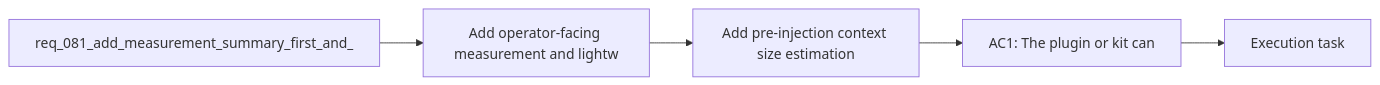
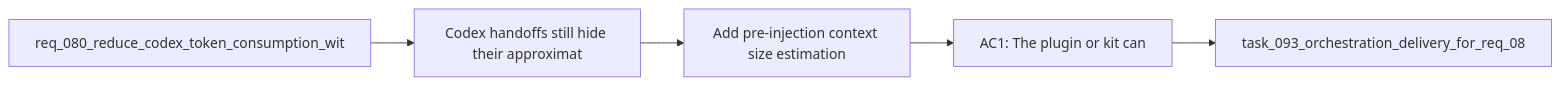
Before and after one commit to AlexAgo83/logics-manager: the diagram in logics/backlog/item_108_add_pre_injection_context_size_estimation_and_budget_visibility_for_codex_handoffs.md, drawn with Mermaid. The commit also changed 481 other files, not shown here.

````diff
--- a/logics/backlog/item_108_add_pre_injection_context_size_estimation_and_budget_visibility_for_codex_handoffs.md
+++ b/logics/backlog/item_108_add_pre_injection_context_size_estimation_and_budget_visibility_for_codex_handoffs.md
@@ -28,9 +28,9 @@
 ```mermaid
 %% logics-kind: backlog
 %% logics-signature: backlog|add-pre-injection-context-size-estimatio|req-080-reduce-codex-token-consumption-w|codex-handoffs-still-hide-their-approxim|ac1-the-plugin-or-kit-can
 flowchart LR
-    Request[req_081_add_measurement_summary_first_and_] --> Problem[Add operator-facing measurement and lightw]
+    Request[req_080_reduce_codex_token_consumption_wit] --> Problem[Codex handoffs still hide their approximat]
     Problem --> Scope[Add pre-injection context size estimation]
     Scope --> Acceptance[AC1: The plugin or kit can]
-    Acceptance --> Tasks[Execution task]
+    Acceptance --> Tasks[task_093_orchestration_delivery_for_req_08]
 ```
````
